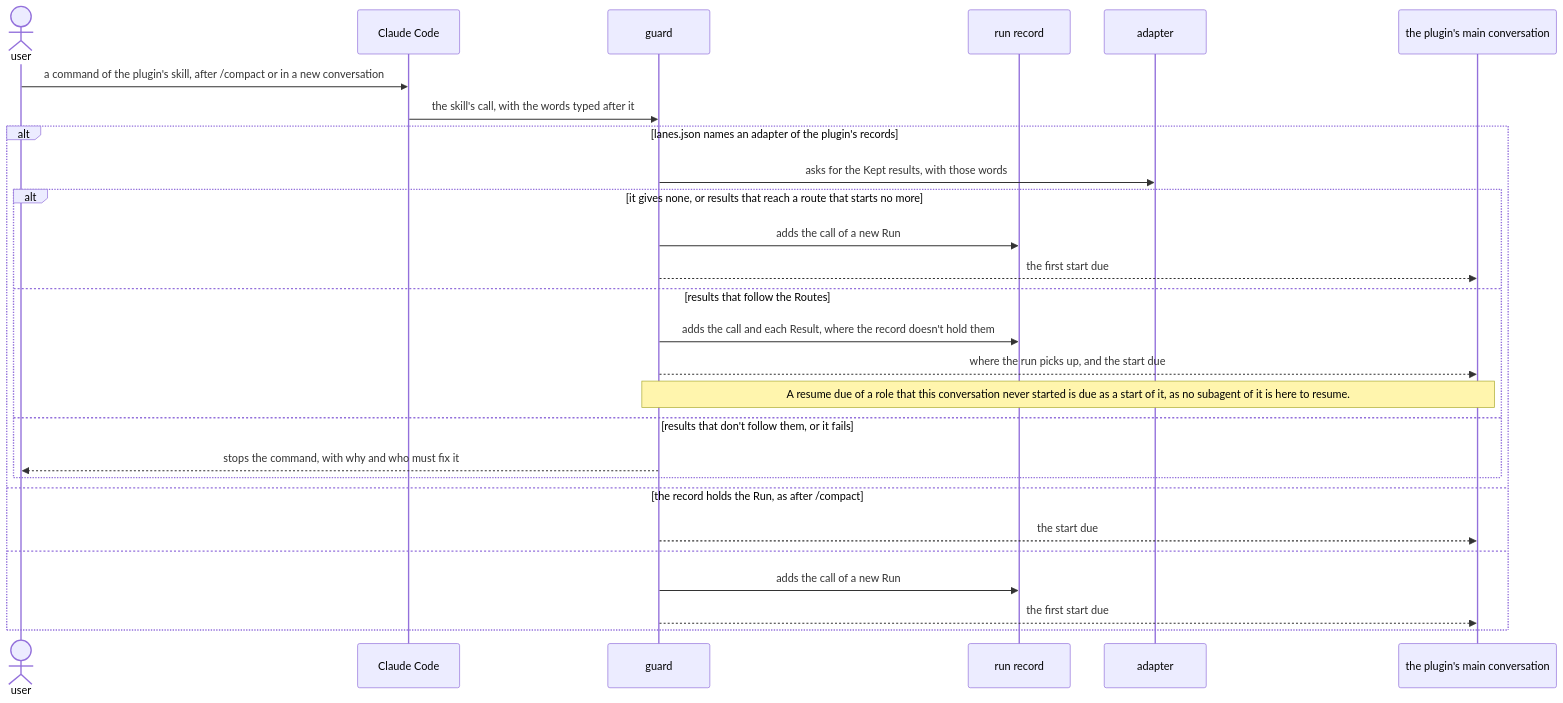
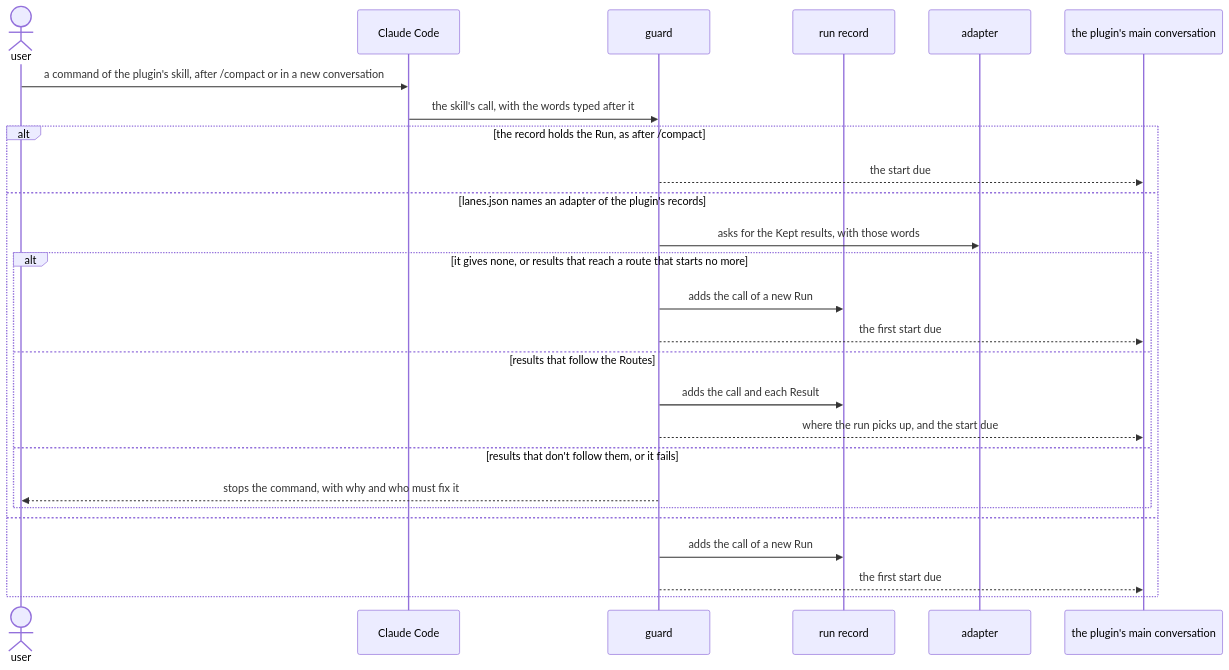
Before and after one commit to lovaizu/ccpm: the sixth of 6 diagrams in dev/lane/architecture.md, drawn with Mermaid. The commit also changed other lines of this file and 4 other files, not shown here.

````diff
--- a/dev/lane/architecture.md
+++ b/dev/lane/architecture.md
@@ -597,29 +542,28 @@
 ```mermaid
 sequenceDiagram
   actor U as user
   participant CC as Claude Code
   participant G as guard
   participant RS as run record
   participant A as adapter
   participant M as the plugin's main conversation
   U->>CC: a command of the plugin's skill, after /compact or in a new conversation
   CC->>G: the skill's call, with the words typed after it
-  alt lanes.json names an adapter of the plugin's records
+  alt the record holds the Run, as after /compact
+    G-->>M: the start due
+  else lanes.json names an adapter of the plugin's records
     G->>A: asks for the Kept results, with those words
     alt it gives none, or results that reach a route that starts no more
       G->>RS: adds the call of a new Run
       G-->>M: the first start due
     else results that follow the Routes
-      G->>RS: adds the call and each Result, where the record doesn't hold them
+      G->>RS: adds the call and each Result
       G-->>M: where the run picks up, and the start due
-      Note over G,M: A resume due of a role that this conversation never started is due as a start of it, as no subagent of it is here to resume.
     else results that don't follow them, or it fails
       G-->>U: stops the command, with why and who must fix it
     end
-  else the record holds the Run, as after /compact
-    G-->>M: the start due
   else
     G->>RS: adds the call of a new Run
     G-->>M: the first start due
   end
 ```
````
